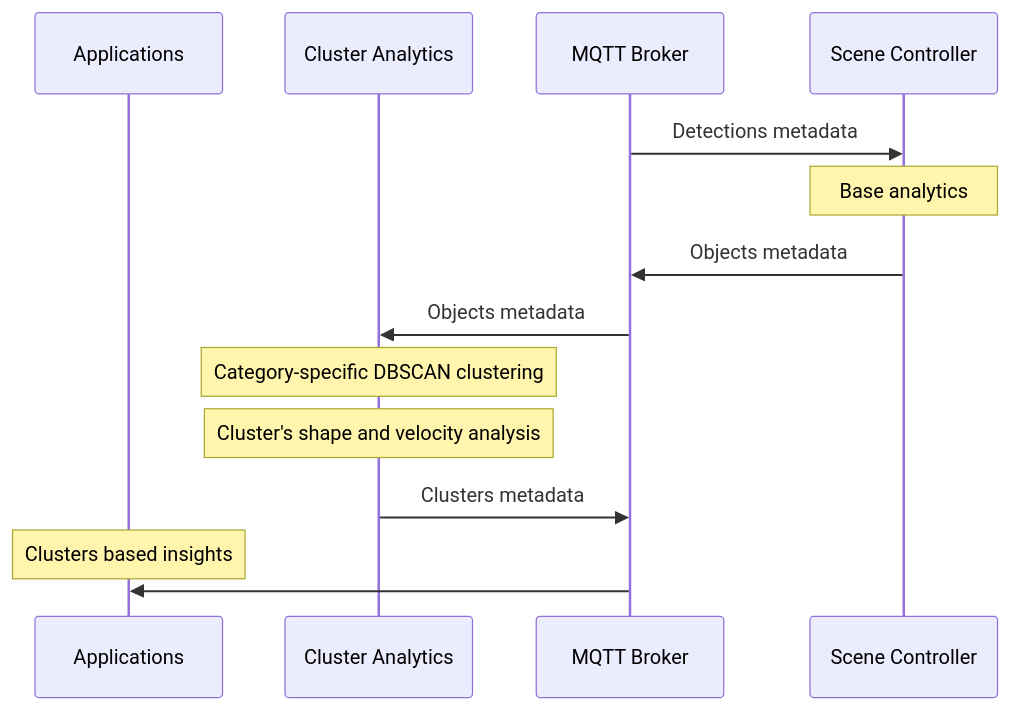
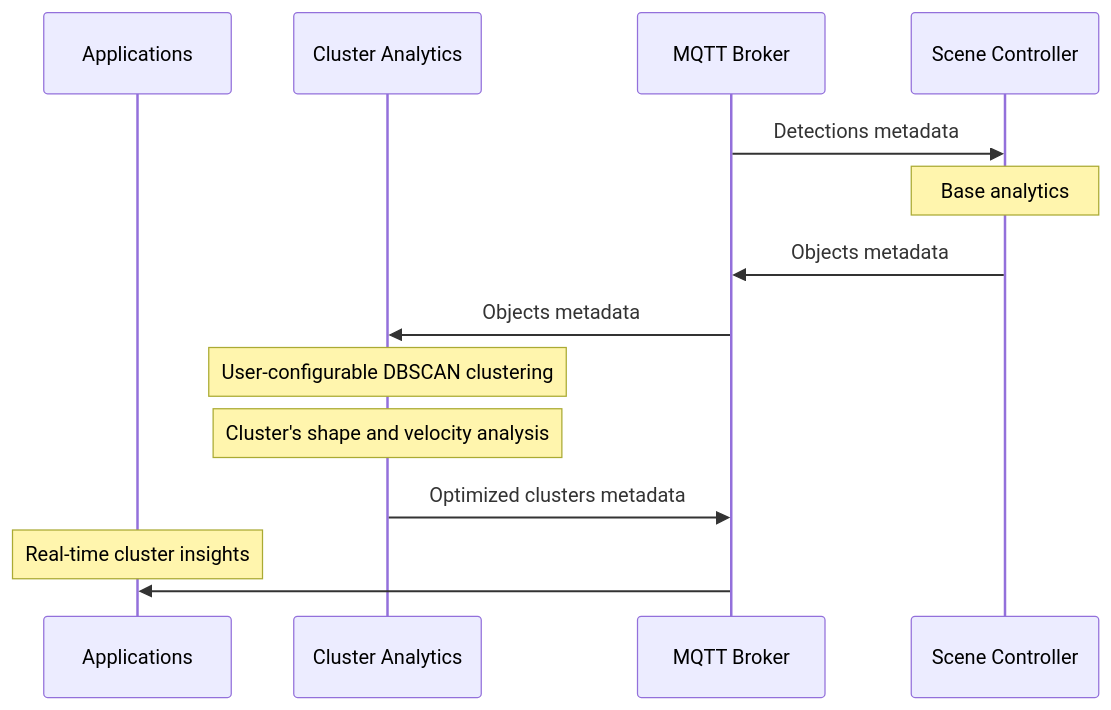
Before and after one commit to open-edge-platform/scenescape: the third of 3 diagrams in cluster_analytics/docs/user-guide/overview.md, drawn with Mermaid. The commit also changed other lines of this file, not shown here.

````diff
--- a/cluster_analytics/docs/user-guide/overview.md
+++ b/cluster_analytics/docs/user-guide/overview.md
@@ -434,21 +525,21 @@
 ```{mermaid}
 sequenceDiagram
 
     participant APP as Applications
     participant CA as Cluster Analytics
     participant MQTT as MQTT Broker
     participant SC as Scene Controller
 
 
     MQTT->>SC: Detections metadata
     Note over SC: Base analytics
     SC->>MQTT: Objects metadata
     MQTT->>CA: Objects metadata
 
-    Note over CA: Category-specific DBSCAN clustering
+    Note over CA: User-configurable DBSCAN clustering
     Note over CA: Cluster's shape and velocity analysis
 
-    CA->>MQTT: Clusters metadata
-    Note over APP: Clusters based insights
+    CA->>MQTT: Optimized clusters metadata
+    Note over APP: Real-time cluster insights
     MQTT->>APP:
 ```
````
